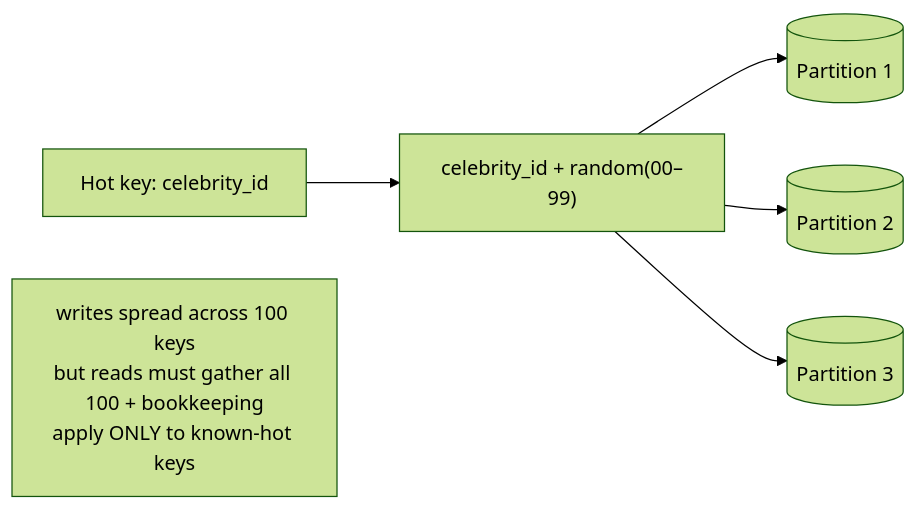
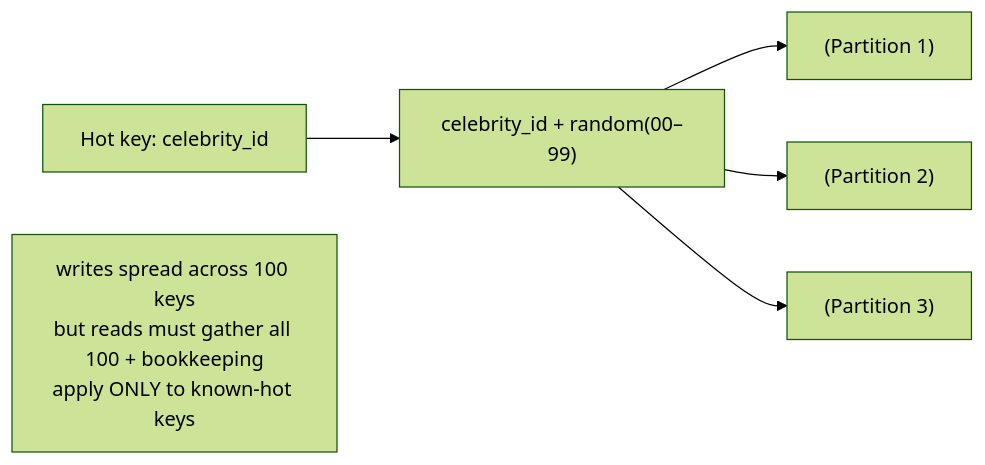
Before and after one commit to pankajThakur1874/studysheet: the third of 3 diagrams in files/02-distributed-data/05-partitioning-strategies.md, drawn with Mermaid (forest theme). The commit also changed other lines of this file and 102 other files, not shown here.

Commit message:
Auto-fix Mermaid diagram syntax across all study guides to prevent Syntax Error in Mermaid v10

````diff
--- a/files/02-distributed-data/05-partitioning-strategies.md
+++ b/files/02-distributed-data/05-partitioning-strategies.md
@@ -123,8 +123,8 @@
 ```mermaid
 flowchart LR
     HOT["Hot key: celebrity_id"] --> SPLIT["celebrity_id + random(00–99)"]
-    SPLIT --> S1[(Partition 1)]
-    SPLIT --> S2[(Partition 2)]
-    SPLIT --> S3[(Partition 3)]
+    SPLIT --> S1["(Partition 1)"]
+    SPLIT --> S2["(Partition 2)"]
+    SPLIT --> S3["(Partition 3)"]
     note3["writes spread across 100 keys<br/>but reads must gather all 100 + bookkeeping<br/>apply ONLY to known-hot keys"]
 ```
````
